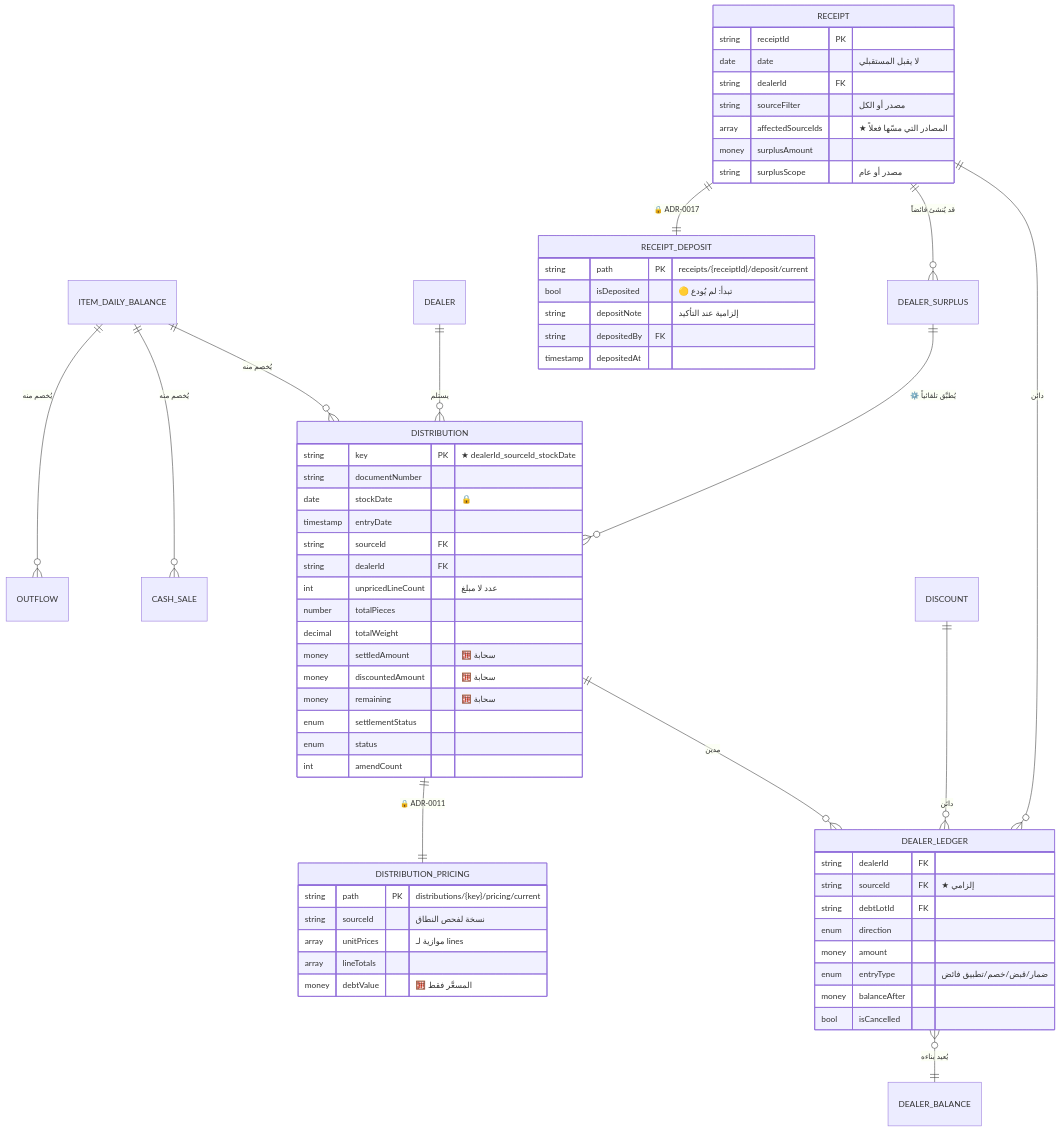
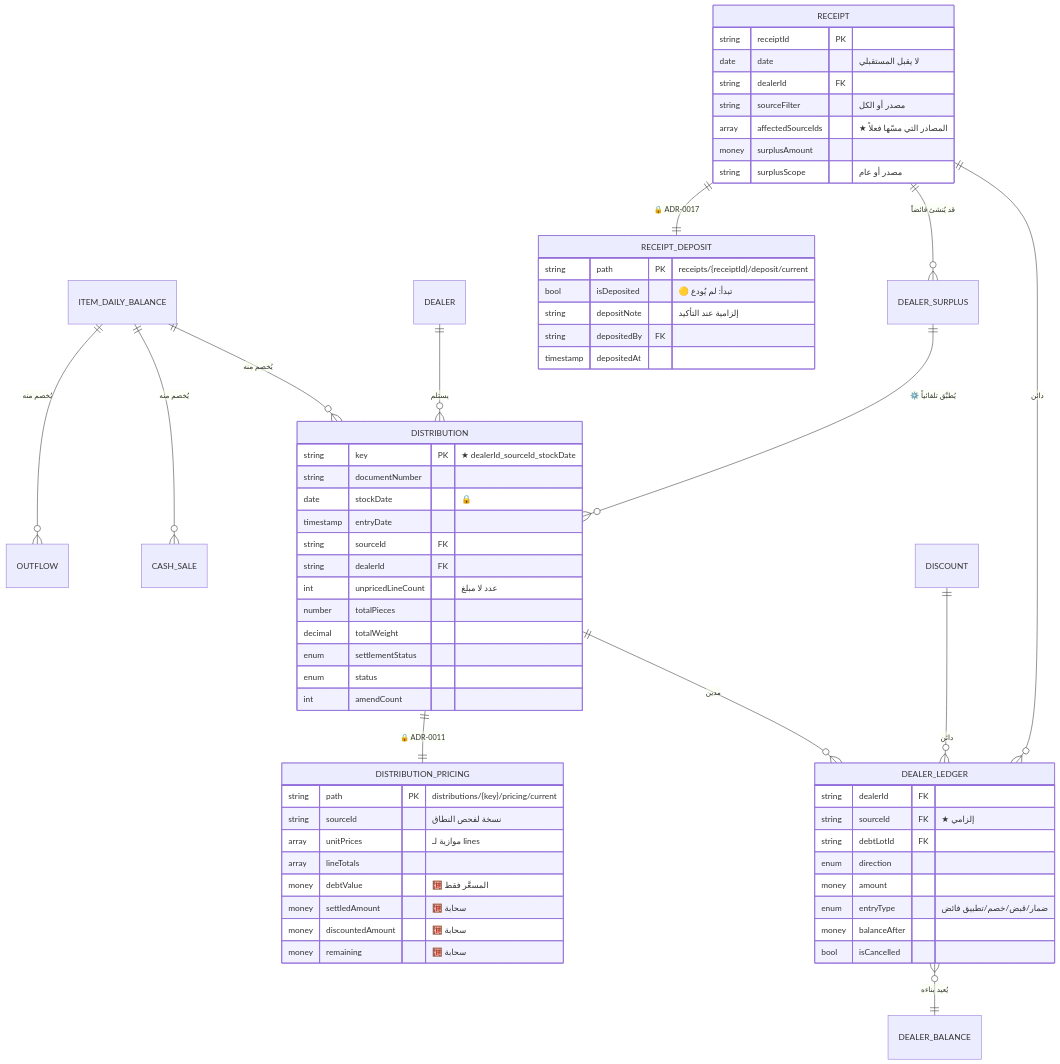
Before and after one commit to OrimindTeam/qtms: the third of 5 diagrams in docs/06-database/erd.md, drawn with Mermaid. The commit also changed other lines of this file and 6 other files, not shown here.

First line of the commit message:
schema(distribution): انقل مبالغ تسوية الضمار إلى pricing/current

````diff
--- a/docs/06-database/erd.md
+++ b/docs/06-database/erd.md
@@ -155,71 +155,71 @@
 ```mermaid
 erDiagram
     ITEM_DAILY_BALANCE ||--o{ DISTRIBUTION : "يُخصم منه"
     ITEM_DAILY_BALANCE ||--o{ CASH_SALE : "يُخصم منه"
     ITEM_DAILY_BALANCE ||--o{ OUTFLOW : "يُخصم منه"
 
     DEALER ||--o{ DISTRIBUTION : "يستلم"
     DISTRIBUTION ||--o{ DEALER_LEDGER : "مدين"
     RECEIPT ||--o{ DEALER_LEDGER : "دائن"
     DISCOUNT ||--o{ DEALER_LEDGER : "دائن"
     DEALER_LEDGER }o--|| DEALER_BALANCE : "يُعيد بناءه"
 
     RECEIPT ||--o{ DEALER_SURPLUS : "قد يُنشئ فائضاً"
     DEALER_SURPLUS ||--o{ DISTRIBUTION : "⚙️ يُطبَّق تلقائياً"
 
     DISTRIBUTION ||--|| DISTRIBUTION_PRICING : "🔒 ADR-0011"
 
     DISTRIBUTION_PRICING {
         string path PK "distributions/{key}/pricing/current"
         string sourceId "نسخة لفحص النطاق"
         array unitPrices "موازية لـ lines"
         array lineTotals
         money debtValue "🧮 المسعَّر فقط"
+        money settledAmount "🧮 سحابة"
+        money discountedAmount "🧮 سحابة"
+        money remaining "🧮 سحابة"
     }
     DISTRIBUTION {
         string key PK "★ dealerId_sourceId_stockDate"
         string documentNumber
         date stockDate "🔒"
         timestamp entryDate
         string sourceId FK
         string dealerId FK
         int unpricedLineCount "عدد لا مبلغ"
         number totalPieces
         decimal totalWeight
-        money settledAmount "🧮 سحابة"
-        money discountedAmount "🧮 سحابة"
-        money remaining "🧮 سحابة"
         enum settlementStatus
         enum status
         int amendCount
     }
     RECEIPT {
         string receiptId PK
         date date "لا يقبل المستقبلي"
         string dealerId FK
         string sourceFilter "مصدر أو الكل"
         array affectedSourceIds "★ المصادر التي مسّها فعلاً"
         money surplusAmount
         string surplusScope "مصدر أو عام"
     }
 
     RECEIPT ||--|| RECEIPT_DEPOSIT : "🔒 ADR-0017"
 
     RECEIPT_DEPOSIT {
         string path PK "receipts/{receiptId}/deposit/current"
         bool isDeposited "🟡 تبدأ: لم يُودع"
         string depositNote "إلزامية عند التأكيد"
         string depositedBy FK
         timestamp depositedAt
     }
     DEALER_LEDGER {
         string dealerId FK
         string sourceId FK "★ إلزامي"
         string debtLotId FK
         enum direction
         money amount
         enum entryType "ضمار/قبض/خصم/تطبيق فائض"
         money balanceAfter
         bool isCancelled
     }
 ```
````
